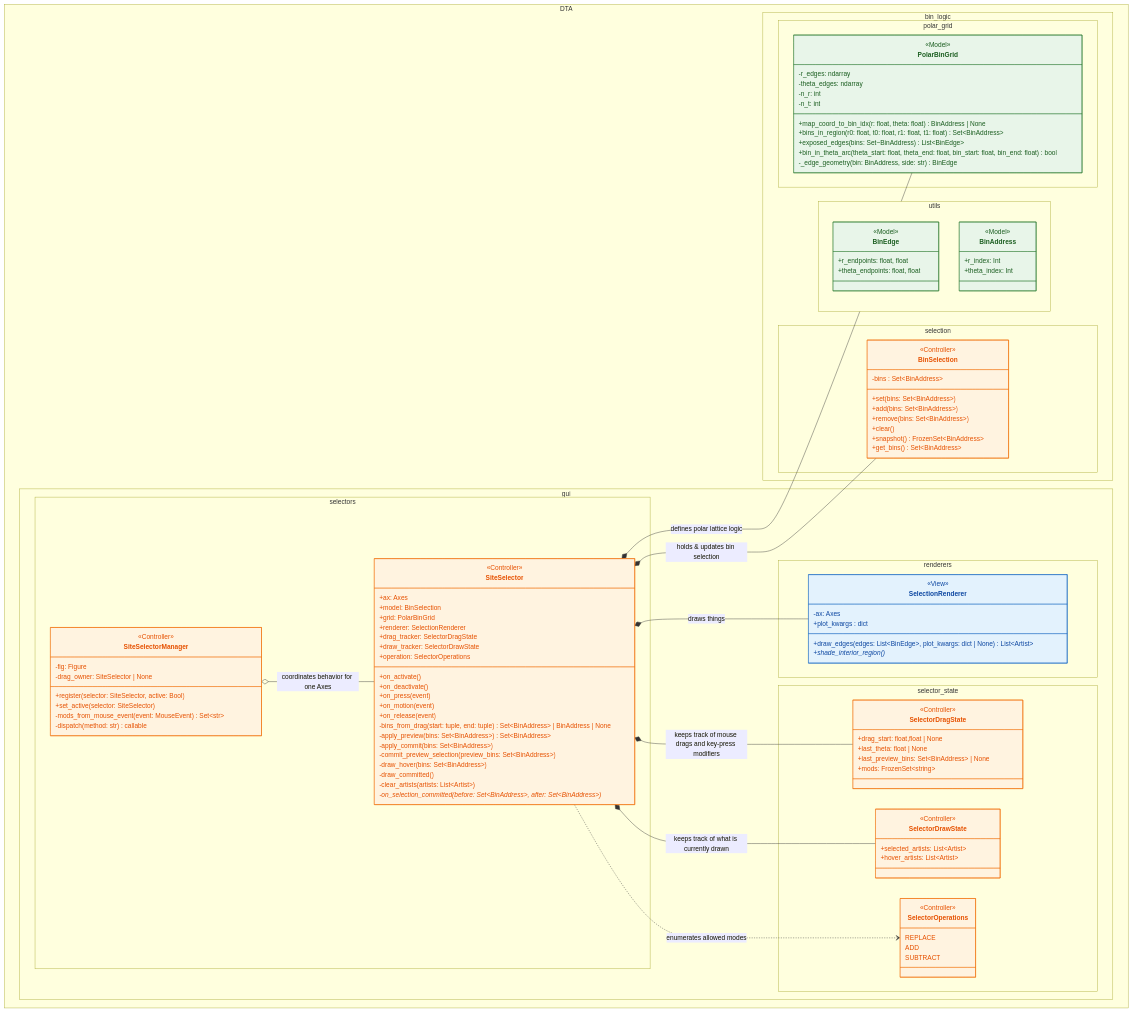
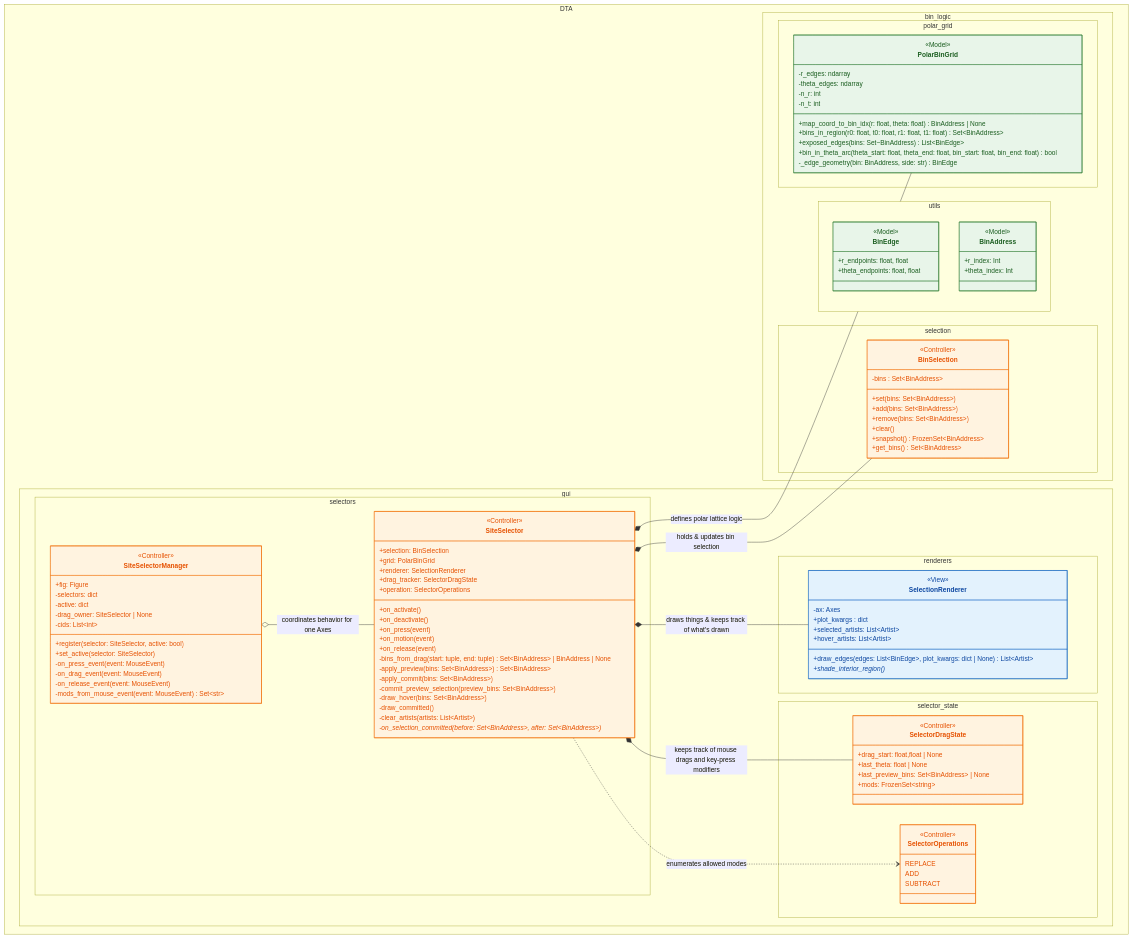
One commit to BranniganLab/density_threshold_affinity changed the first of 3 diagrams in python/dta/gui/README.md. Above: the diagram before and after it, drawn with Mermaid. The commit also changed other lines of this file, not shown here.

Commit message:
update mermaid diagram

```diff
--- a/python/dta/gui/README.md
+++ b/python/dta/gui/README.md
@@ -54,7 +54,6 @@
 class SiteSelector:::controller
 class SiteSelectorManager:::controller
 class SelectorDragState:::controller
-class SelectorDrawState:::controller
 class SelectorOperations:::controller
 class BinSelection:::controller
 
@@ -67,7 +66,6 @@
 <<Controller>> SiteSelector
 <<Controller>> SiteSelectorManager
 <<Controller>> SelectorDragState
-<<Controller>> SelectorDrawState
 <<Controller>> SelectorOperations
 <<Controller>> BinSelection
 
@@ -109,6 +107,8 @@
 class SelectionRenderer {
     -ax: Axes
     +plot_kwargs : dict
+    +selected_artists: List~Artist~
+    +hover_artists: List~Artist~
     +draw_edges(edges: List~BinEdge~, plot_kwargs: dict | None) List~Artist~
     +shade_interior_region()*
 }
@@ -144,22 +144,14 @@
     +last_preview_bins: Set~BinAddress~ | None
     +mods: FrozenSet~string~
 }
-
-class SelectorDrawState {
-    <<dataclass>>
-    +selected_artists: List~Artist~
-    +hover_artists: List~Artist~
-}
 }
 
 namespace DTA.gui.selectors {
 class SiteSelector {
-    +ax: Axes
-    +model: BinSelection
+    +selection: BinSelection
     +grid: PolarBinGrid
     +renderer: SelectionRenderer
     +drag_tracker: SelectorDragState
-    +draw_tracker: SelectorDrawState
     +operation: SelectorOperations
     +on_activate()
     +on_deactivate()
@@ -177,12 +169,17 @@
 }
 
 class SiteSelectorManager {
-    -fig: Figure
+    +fig: Figure
+    -selectors: dict
+    -active: dict
     -drag_owner: SiteSelector | None
-    +register(selector: SiteSelector, active: Bool)
+    -cids: List~int~
+    +register(selector: SiteSelector, active: bool)
     +set_active(selector: SiteSelector)
+    -on_press_event(event: MouseEvent)
+    -on_drag_event(event: MouseEvent)
+    -on_release_event(event: MouseEvent)
     -mods_from_mouse_event(event: MouseEvent) Set~str~
-    -dispatch(method: str) callable 
 }
 }
 %% =========================
@@ -190,10 +187,9 @@
 %% =========================
 
 SiteSelector *-- PolarBinGrid : defines polar lattice logic
-SiteSelector *-- SelectionRenderer : draws things
+SiteSelector *-- SelectionRenderer : draws things & keeps track of what's drawn
 SiteSelector *-- BinSelection : holds & updates bin selection
 SiteSelector *-- SelectorDragState : keeps track of mouse drags and key-press modifiers
-SiteSelector *-- SelectorDrawState : keeps track of what is currently drawn
 SiteSelector ..> SelectorOperations : enumerates allowed modes
 
 SiteSelectorManager o-- SiteSelector : coordinates behavior for one Axes
```
